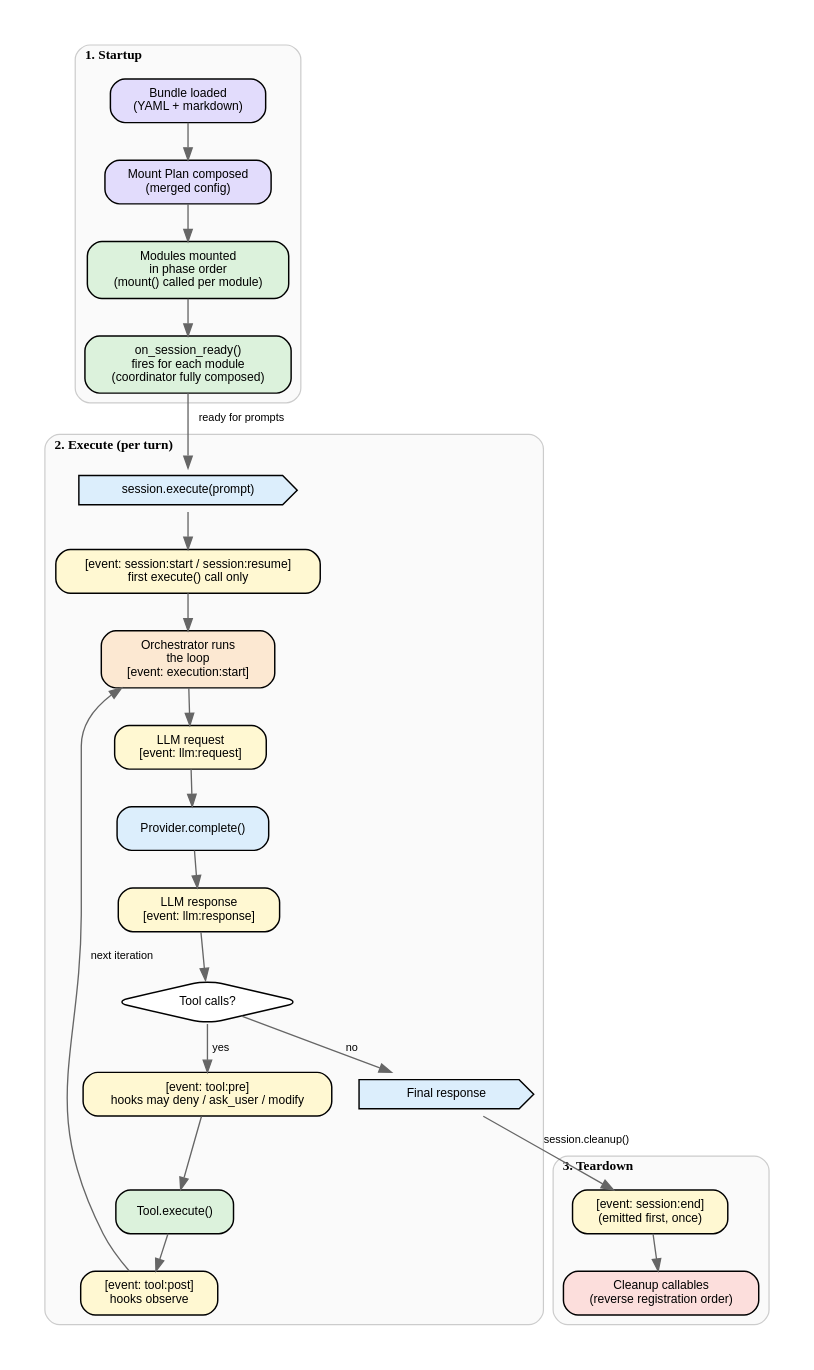
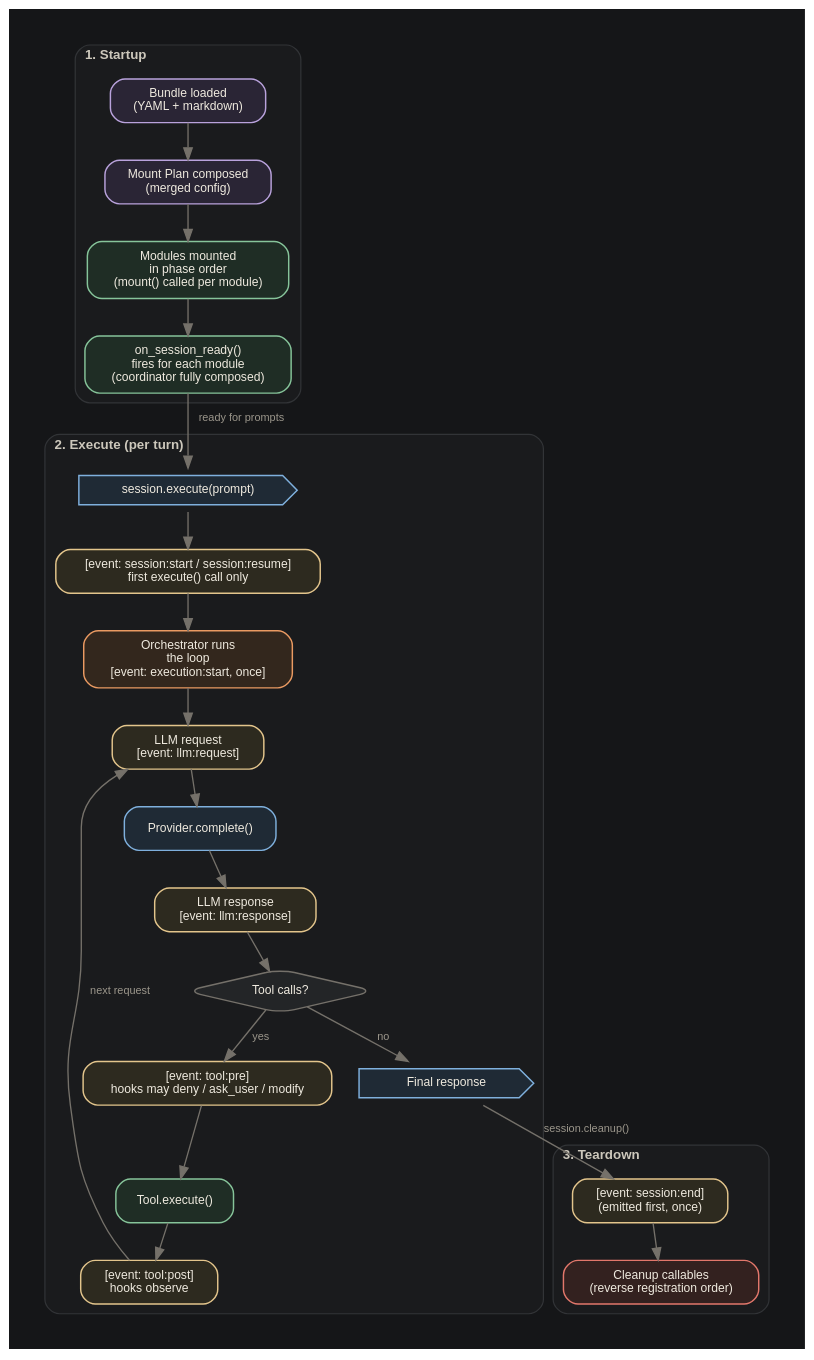
One commit to michaeljabbour/amplifier-dx changed the diagram in assets/diagrams/session-lifecycle.dot. Above: the diagram before and after it, drawn with Graphviz. The commit also changed 24 other files, not shown here.

Commit message:
feat(diagrams): restyle diagrams to the site palette and rebuild the external-app diagram

```diff
--- a/assets/diagrams/session-lifecycle.dot
+++ b/assets/diagrams/session-lifecycle.dot
@@ -1,93 +1,99 @@
 /*
  * Amplifier Session Lifecycle
  *
  * Source: github.com/microsoft/amplifier-core/CONTRACTS.md
  *
  * From bundle load -> mount -> session ready -> execute -> teardown.
  */
 digraph SessionLifecycle {
     rankdir=TB;
-    bgcolor="white";
+    bgcolor="#151618";
+    fontname="Helvetica";
+    fontcolor="#cdc8bc";
     pad=0.3;
     nodesep=0.3;
     ranksep=0.4;
 
     node [
         shape=box,
+        fontcolor="#efeadf",
+        color="#4a4d51",
+        fillcolor="#232527",
         style="filled,rounded",
         fontname="Helvetica",
         fontsize=10,
         margin="0.2,0.1",
         penwidth=1.2
     ];
 
     edge [
         fontname="Helvetica",
+        fontcolor="#9b968b",
         fontsize=9,
-        color="#666666",
+        color="#75716a",
         penwidth=1.1
     ];
 
     // === STARTUP PHASE ===
     subgraph cluster_startup {
         label=<<B>1. Startup</B>>;
         labeljust=l;
         fontsize=11;
-        color="#cccccc";
+        color="#323437";
         style="rounded,filled";
-        fillcolor="#fafafa";
+        fillcolor="#1a1b1d";
 
-        load    [label="Bundle loaded\n(YAML + markdown)", fillcolor="#e2dcfc"];
-        compose [label="Mount Plan composed\n(merged config)", fillcolor="#e2dcfc"];
-        mount   [label="Modules mounted\nin phase order\n(mount() called per module)", fillcolor="#dcf2dc"];
-        ready   [label="on_session_ready()\nfires for each module\n(coordinator fully composed)", fillcolor="#dcf2dc"];
+        load    [label="Bundle loaded\n(YAML + markdown)", fillcolor="#2a2535", color="#b9a2dc"];
+        compose [label="Mount Plan composed\n(merged config)", fillcolor="#2a2535", color="#b9a2dc"];
+        mount   [label="Modules mounted\nin phase order\n(mount() called per module)", fillcolor="#1f2d25", color="#86c49a"];
+        ready   [label="on_session_ready()\nfires for each module\n(coordinator fully composed)", fillcolor="#1f2d25", color="#86c49a"];
 
         load -> compose -> mount -> ready;
     }
 
     // === EXECUTION PHASE ===
     subgraph cluster_exec {
         label=<<B>2. Execute (per turn)</B>>;
         labeljust=l;
         fontsize=11;
-        color="#cccccc";
+        color="#323437";
         style="rounded,filled";
-        fillcolor="#fafafa";
+        fillcolor="#1a1b1d";
 
-        prompt   [label="session.execute(prompt)", fillcolor="#dceefc", shape=cds, width=2.5];
-        start    [label="[event: session:start / session:resume]\nfirst execute() call only", fillcolor="#fff8d2"];
-        loop_in  [label="Orchestrator runs\nthe loop\n[event: execution:start]", fillcolor="#fce8d2"];
-        llm_req  [label="LLM request\n[event: llm:request]", fillcolor="#fff8d2"];
-        provider [label="Provider.complete()", fillcolor="#dceefc"];
-        llm_res  [label="LLM response\n[event: llm:response]", fillcolor="#fff8d2"];
-        tool_dec [label="Tool calls?", shape=diamond, fillcolor="#ffffff"];
-        tool_pre [label="[event: tool:pre]\nhooks may deny / ask_user / modify", fillcolor="#fff8d2"];
-        tool_run [label="Tool.execute()", fillcolor="#dcf2dc"];
-        tool_post [label="[event: tool:post]\nhooks observe", fillcolor="#fff8d2"];
-        finish   [label="Final response", fillcolor="#dceefc", shape=cds, width=2.0];
+        prompt   [label="session.execute(prompt)", fillcolor="#1f2a35", color="#7fb0dd", shape=cds, width=2.5];
+        start    [label="[event: session:start / session:resume]\nfirst execute() call only", fillcolor="#2d2a1f", color="#e3c58c"];
+        loop_in  [label="Orchestrator runs\nthe loop\n[event: execution:start, once]", fillcolor="#33271d", color="#ea9a62"];
+        llm_req  [label="LLM request\n[event: llm:request]", fillcolor="#2d2a1f", color="#e3c58c"];
+        provider [label="Provider.complete()", fillcolor="#1f2a35", color="#7fb0dd"];
+        llm_res  [label="LLM response\n[event: llm:response]", fillcolor="#2d2a1f", color="#e3c58c"];
+        tool_dec [label="Tool calls?", shape=diamond, fillcolor="#232527", color="#75716a"];
+        tool_pre [label="[event: tool:pre]\nhooks may deny / ask_user / modify", fillcolor="#2d2a1f", color="#e3c58c"];
+        tool_run [label="Tool.execute()", fillcolor="#1f2d25", color="#86c49a"];
+        tool_post [label="[event: tool:post]\nhooks observe", fillcolor="#2d2a1f", color="#e3c58c"];
+        finish   [label="Final response", fillcolor="#1f2a35", color="#7fb0dd", shape=cds, width=2.0];
 
         prompt -> start -> loop_in -> llm_req -> provider -> llm_res -> tool_dec;
         tool_dec -> tool_pre [label=" yes "];
         tool_pre -> tool_run -> tool_post;
-        tool_post -> loop_in [label=" next iteration "];
+        tool_post -> llm_req [label=" next request "];
         tool_dec -> finish [label=" no "];
     }
 
     // === TEARDOWN PHASE ===
     subgraph cluster_tear {
         label=<<B>3. Teardown</B>>;
         labeljust=l;
         fontsize=11;
-        color="#cccccc";
+        color="#323437";
         style="rounded,filled";
-        fillcolor="#fafafa";
+        fillcolor="#1a1b1d";
 
-        end     [label="[event: session:end]\n(emitted first, once)", fillcolor="#fff8d2"];
-        cleanup [label="Cleanup callables\n(reverse registration order)", fillcolor="#fcdedc"];
+        end     [label="[event: session:end]\n(emitted first, once)", fillcolor="#2d2a1f", color="#e3c58c"];
+        cleanup [label="Cleanup callables\n(reverse registration order)", fillcolor="#33211f", color="#e2776b"];
         end -> cleanup;
     }
 
     // === INTER-PHASE FLOW ===
     ready  -> prompt [label=" ready for prompts "];
     finish -> end [label=" session.cleanup() "];
 }
```
